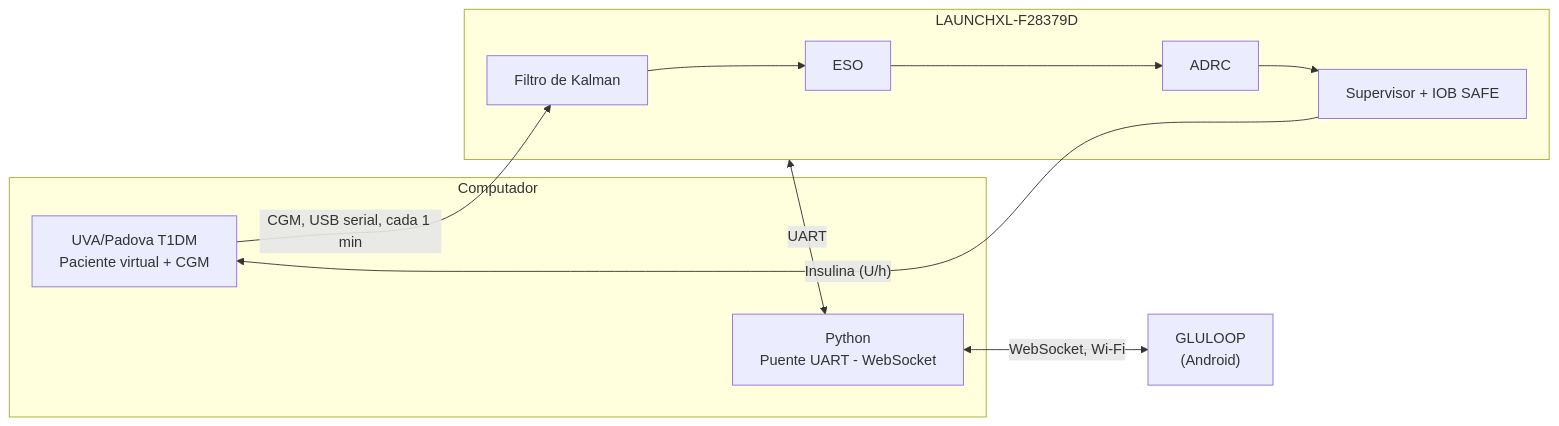
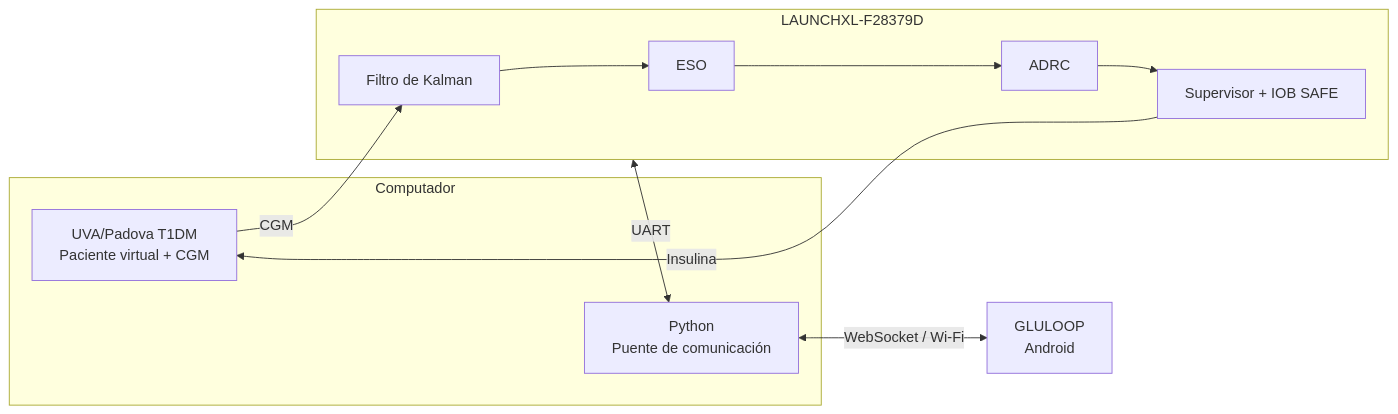
One commit to leo09p/GLULOOP-HIL changed the diagram in README.md. Above: the diagram before and after it, drawn with Mermaid. The commit also changed other lines of this file, not shown here.

````diff
--- a/README.md
+++ b/README.md
@@ -49,18 +76,27 @@
 ```mermaid
 flowchart LR
+
     subgraph PC["Computador"]
         UVA["UVA/Padova T1DM<br/>Paciente virtual + CGM"]
-        PY["Python<br/>Puente UART - WebSocket"]
+        PY["Python<br/>Puente de comunicación"]
     end
 
     subgraph HW["LAUNCHXL-F28379D"]
-        KF["Filtro de Kalman"] --> ESO["ESO"] --> ADRC["ADRC"] --> SAFE["Supervisor + IOB SAFE"]
+        KF["Filtro de Kalman"]
+        ESO["ESO"]
+        ADRC["ADRC"]
+        SAFE["Supervisor + IOB SAFE"]
+
+        KF --> ESO
+        ESO --> ADRC
+        ADRC --> SAFE
     end
 
-    APP["GLULOOP<br/>(Android)"]
+    APP["GLULOOP<br/>Android"]
 
-    UVA -- "CGM, USB serial, cada 1 min" --> KF
-    SAFE -- "Insulina (U/h)" --> UVA
-    HW <-- "UART" --> PY
-    PY <-- "WebSocket, Wi-Fi" --> APP
+    UVA -->|"CGM"| KF
+    SAFE -->|"Insulina"| UVA
+
+    HW <-->|"UART"| PY
+    PY <-->|"WebSocket / Wi-Fi"| APP
 ```
````
